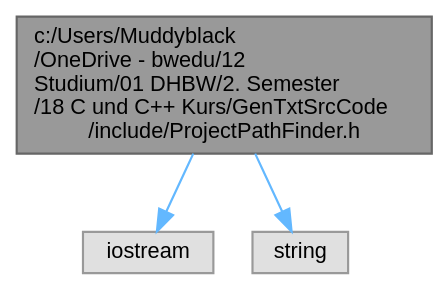
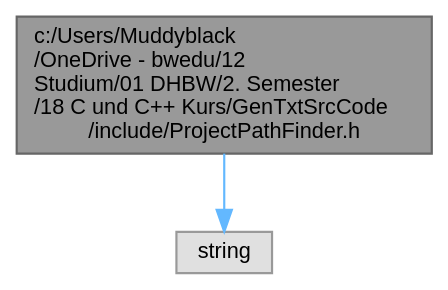
One commit to Muddyblack/Cpp_Project changed the diagram in _project_path_finder_8h__incl.dot. Above: the diagram before and after it, drawn with Graphviz. The commit also changed 194 other files, not shown here.

```diff
--- a/_project_path_finder_8h__incl.dot
+++ b/_project_path_finder_8h__incl.dot
@@ -1,12 +1,10 @@
 digraph "c:/Users/Muddyblack/OneDrive - bwedu/12 Studium/01 DHBW/2. Semester/18 C und C++ Kurs/GenTxtSrcCode/include/ProjectPathFinder.h"
 {
  // LATEX_PDF_SIZE
   bgcolor="transparent";
   edge [fontname=Helvetica,fontsize=10,labelfontname=Helvetica,labelfontsize=10];
   node [fontname=Helvetica,fontsize=10,shape=box,height=0.2,width=0.4];
   Node1 [id="Node000001",label="c:/Users/Muddyblack\l/OneDrive - bwedu/12\l Studium/01 DHBW/2. Semester\l/18 C und C++ Kurs/GenTxtSrcCode\l/include/ProjectPathFinder.h",height=0.2,width=0.4,color="gray40", fillcolor="grey60", style="filled", fontcolor="black",tooltip="Contains functions and classes for retrieving the project path."];
   Node1 -> Node2 [id="edge1_Node000001_Node000002",color="steelblue1",style="solid",tooltip=" "];
-  Node2 [id="Node000002",label="iostream",height=0.2,width=0.4,color="grey60", fillcolor="#E0E0E0", style="filled",tooltip=" "];
-  Node1 -> Node3 [id="edge2_Node000001_Node000003",color="steelblue1",style="solid",tooltip=" "];
-  Node3 [id="Node000003",label="string",height=0.2,width=0.4,color="grey60", fillcolor="#E0E0E0", style="filled",tooltip=" "];
+  Node2 [id="Node000002",label="string",height=0.2,width=0.4,color="grey60", fillcolor="#E0E0E0", style="filled",tooltip=" "];
 }
```
